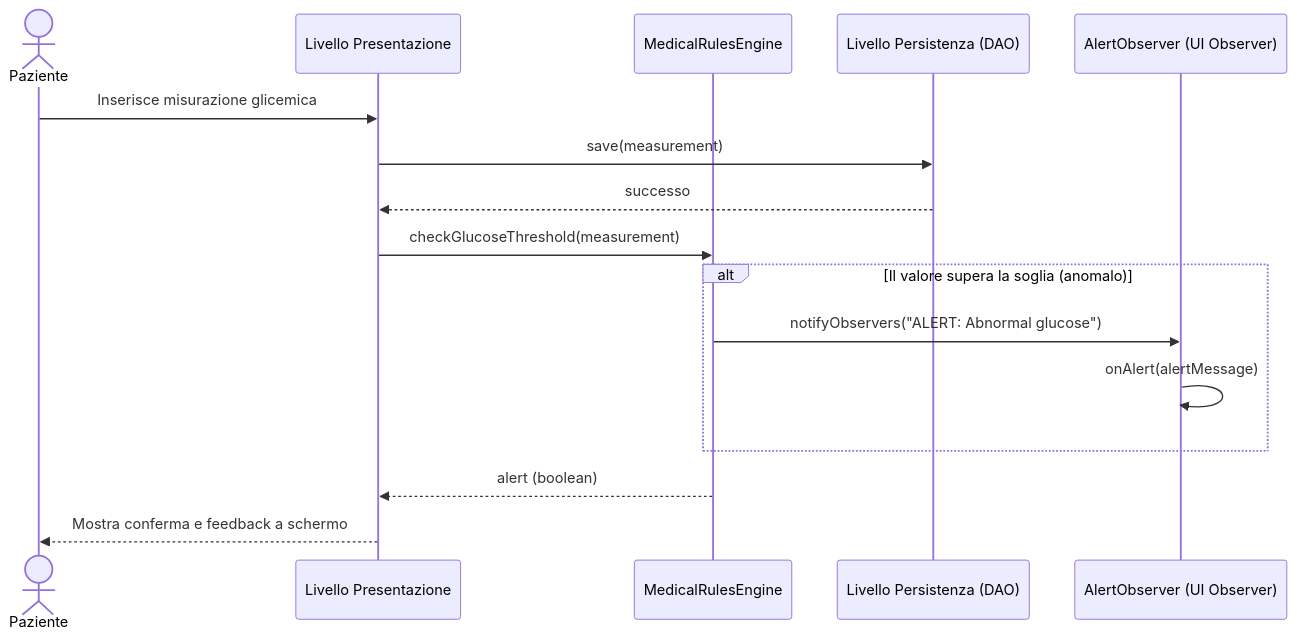
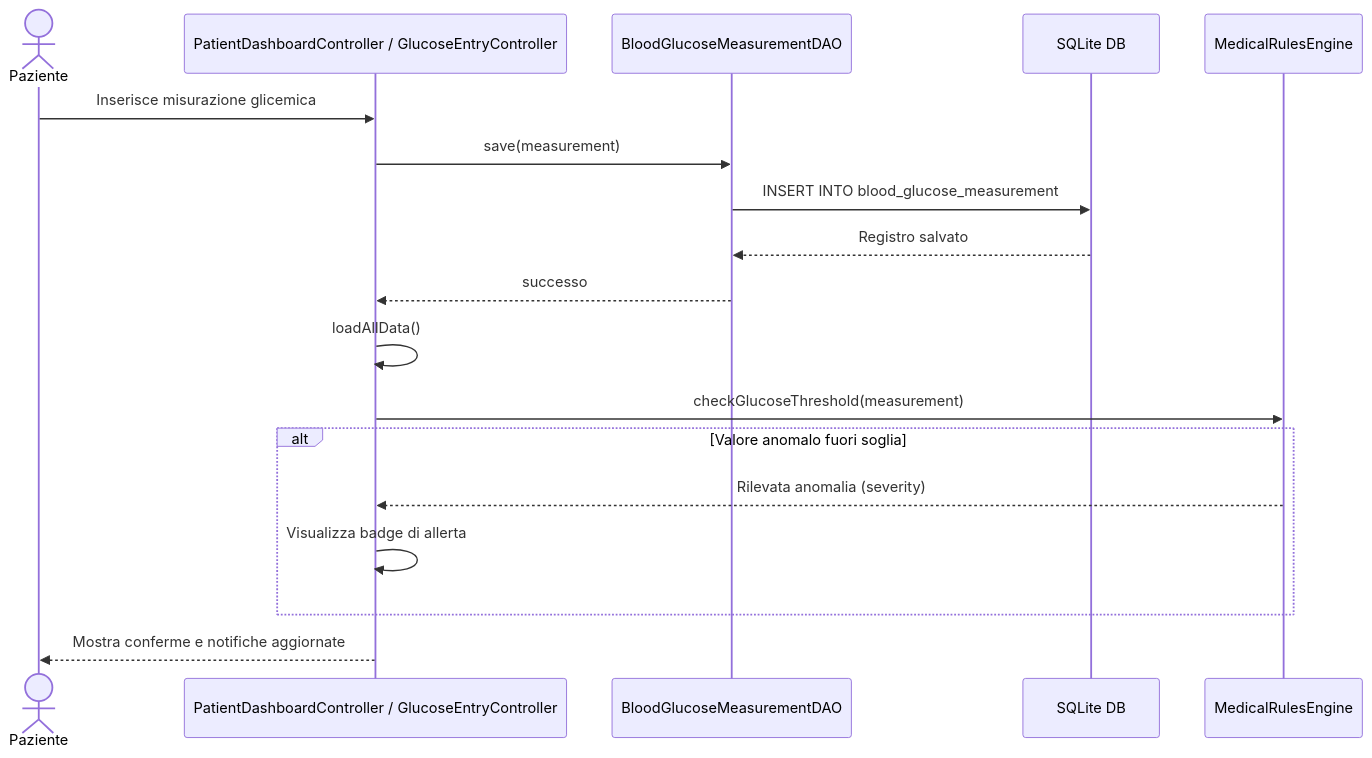
The ninth of 13 diagrams in documentazione-it.md (SamueleOrazioDurante/telemedicina-ingegneria), drawn with Mermaid before and after one commit. The commit also changed other lines of this file and 3 other files, not shown here.

Commit message:
docs: update glucose measurement sequence diagram

````diff
--- a/documentazione-it.md
+++ b/documentazione-it.md
@@ -522,19 +522,21 @@
 ```mermaid
 sequenceDiagram
     actor Patient as Paziente
-    participant GUI as Livello Presentazione
+    participant GUI as PatientDashboardController / GlucoseEntryController
+    participant DAO as BloodGlucoseMeasurementDAO
+    participant DB as SQLite DB
     participant Engine as MedicalRulesEngine
-    participant DB as Livello Persistenza (DAO)
-    participant Observer as AlertObserver (UI Observer)
 
     Patient->>GUI: Inserisce misurazione glicemica
-    GUI->>DB: save(measurement)
-    DB-->>GUI: successo
+    GUI->>DAO: save(measurement)
+    DAO->>DB: INSERT INTO blood_glucose_measurement
+    DB-->>DAO: Registro salvato
+    DAO-->>GUI: successo
+    GUI->>GUI: loadAllData()
     GUI->>Engine: checkGlucoseThreshold(measurement)
-    alt Il valore supera la soglia (anomalo)
-        Engine->>Observer: notifyObservers("ALERT: Abnormal glucose")
-        Observer->>Observer: onAlert(alertMessage)
+    alt Valore anomalo fuori soglia
+        Engine-->>GUI: Rilevata anomalia (severity)
+        GUI->>GUI: Visualizza badge di allerta
     end
-    Engine-->>GUI: alert (boolean)
-    GUI-->>Patient: Mostra conferma e feedback a schermo
+    GUI-->>Patient: Mostra conferme e notifiche aggiornate
 ```
````
